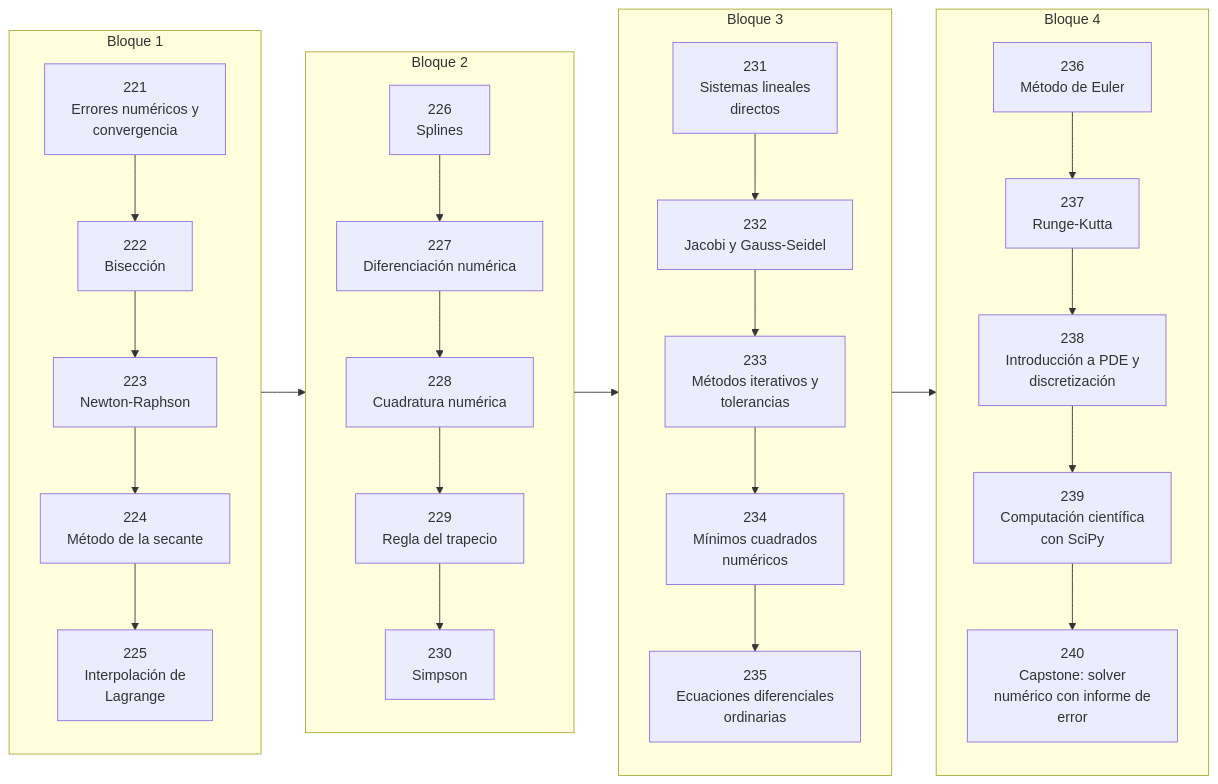
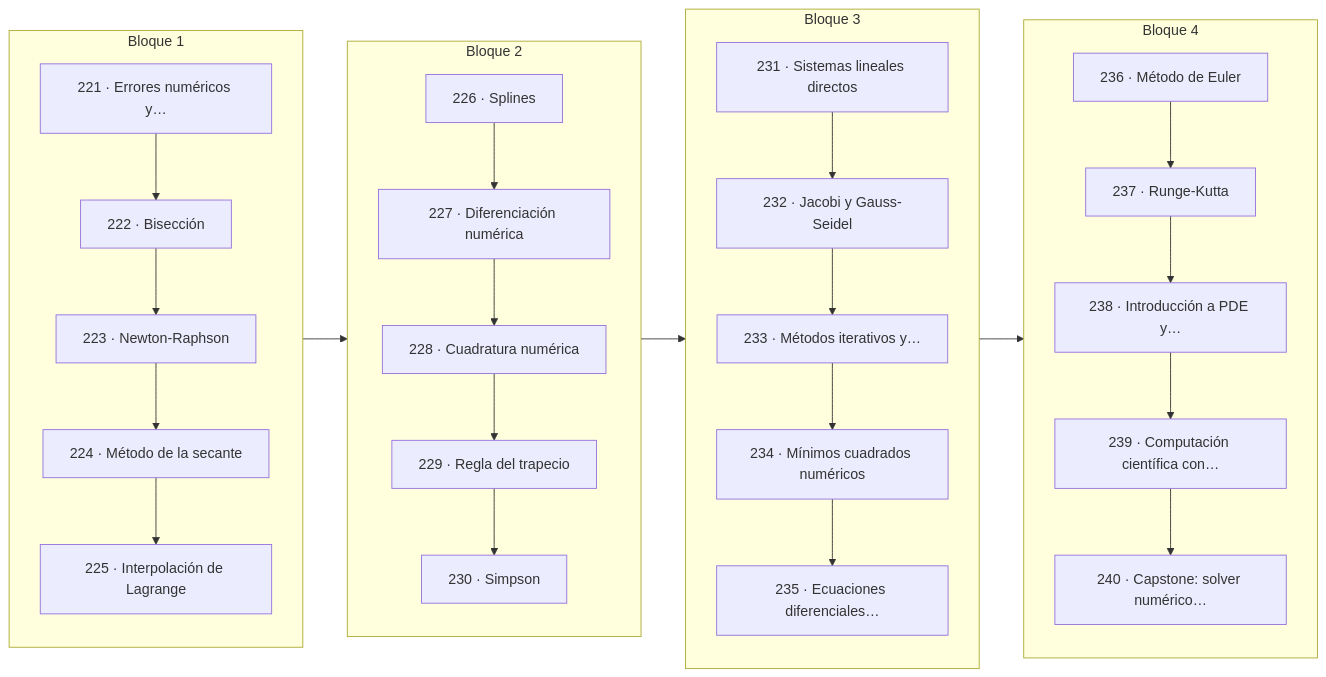
One commit to vladimiracunadev-create/computational-mathematics-program changed the diagram in classes/part-11-metodos-numericos-y-computacion-cientifica/README.md. Above: the diagram before and after it, drawn with Mermaid. The commit also changed 389 other files, not shown here.

First line of the commit message:
fix(diagramas): elimina el HTML de las etiquetas Mermaid

````diff
--- a/classes/part-11-metodos-numericos-y-computacion-cientifica/README.md
+++ b/classes/part-11-metodos-numericos-y-computacion-cientifica/README.md
@@ -34,54 +34,54 @@
 ```mermaid
 flowchart LR
     subgraph B1["Bloque 1"]
         direction TB
-        L221["221<br/>Errores numéricos y<br/>convergencia"]
-        L222["222<br/>Bisección"]
-        L223["223<br/>Newton-Raphson"]
-        L224["224<br/>Método de la secante"]
-        L225["225<br/>Interpolación de<br/>Lagrange"]
+        L221["221 · Errores numéricos y…"]
+        L222["222 · Bisección"]
+        L223["223 · Newton-Raphson"]
+        L224["224 · Método de la secante"]
+        L225["225 · Interpolación de Lagrange"]
         L221 --> L222
         L222 --> L223
         L223 --> L224
         L224 --> L225
     end
     subgraph B2["Bloque 2"]
         direction TB
-        L226["226<br/>Splines"]
-        L227["227<br/>Diferenciación numérica"]
-        L228["228<br/>Cuadratura numérica"]
-        L229["229<br/>Regla del trapecio"]
-        L230["230<br/>Simpson"]
+        L226["226 · Splines"]
+        L227["227 · Diferenciación numérica"]
+        L228["228 · Cuadratura numérica"]
+        L229["229 · Regla del trapecio"]
+        L230["230 · Simpson"]
         L226 --> L227
         L227 --> L228
         L228 --> L229
         L229 --> L230
     end
     subgraph B3["Bloque 3"]
         direction TB
-        L231["231<br/>Sistemas lineales<br/>directos"]
-        L232["232<br/>Jacobi y Gauss-Seidel"]
-        L233["233<br/>Métodos iterativos y<br/>tolerancias"]
-        L234["234<br/>Mínimos cuadrados<br/>numéricos"]
-        L235["235<br/>Ecuaciones diferenciales<br/>ordinarias"]
+        L231["231 · Sistemas lineales directos"]
+        L232["232 · Jacobi y Gauss-Seidel"]
+        L233["233 · Métodos iterativos y…"]
+        L234["234 · Mínimos cuadrados numéricos"]
+        L235["235 · Ecuaciones diferenciales…"]
         L231 --> L232
         L232 --> L233
         L233 --> L234
         L234 --> L235
     end
     subgraph B4["Bloque 4"]
         direction TB
-        L236["236<br/>Método de Euler"]
-        L237["237<br/>Runge-Kutta"]
-        L238["238<br/>Introducción a PDE y<br/>discretización"]
-        L239["239<br/>Computación científica<br/>con SciPy"]
-        L240["240<br/>Capstone: solver<br/>numérico con informe de<br/>error"]
+        L236["236 · Método de Euler"]
+        L237["237 · Runge-Kutta"]
+        L238["238 · Introducción a PDE y…"]
+        L239["239 · Computación científica con…"]
+        L240["240 · Capstone: solver numérico…"]
         L236 --> L237
         L237 --> L238
         L238 --> L239
         L239 --> L240
     end
     L225 --> L226
     L230 --> L231
     L235 --> L236
 ```
````
